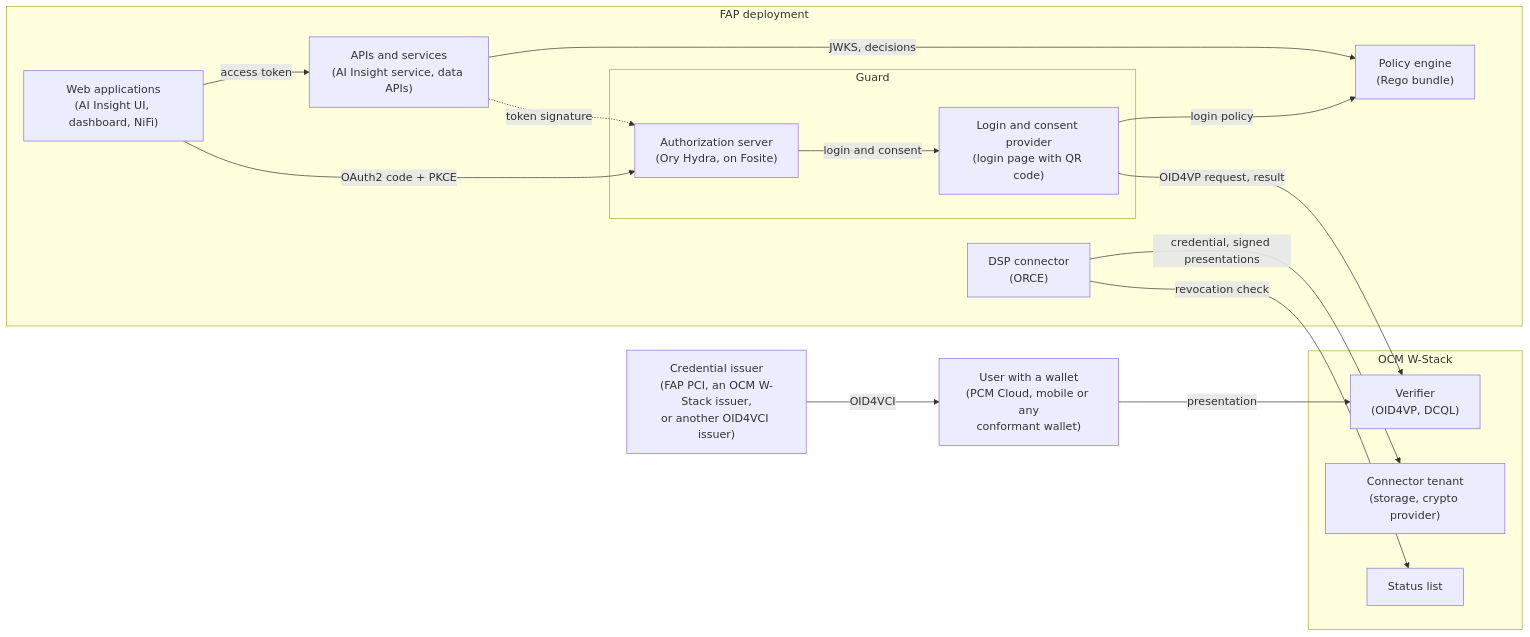
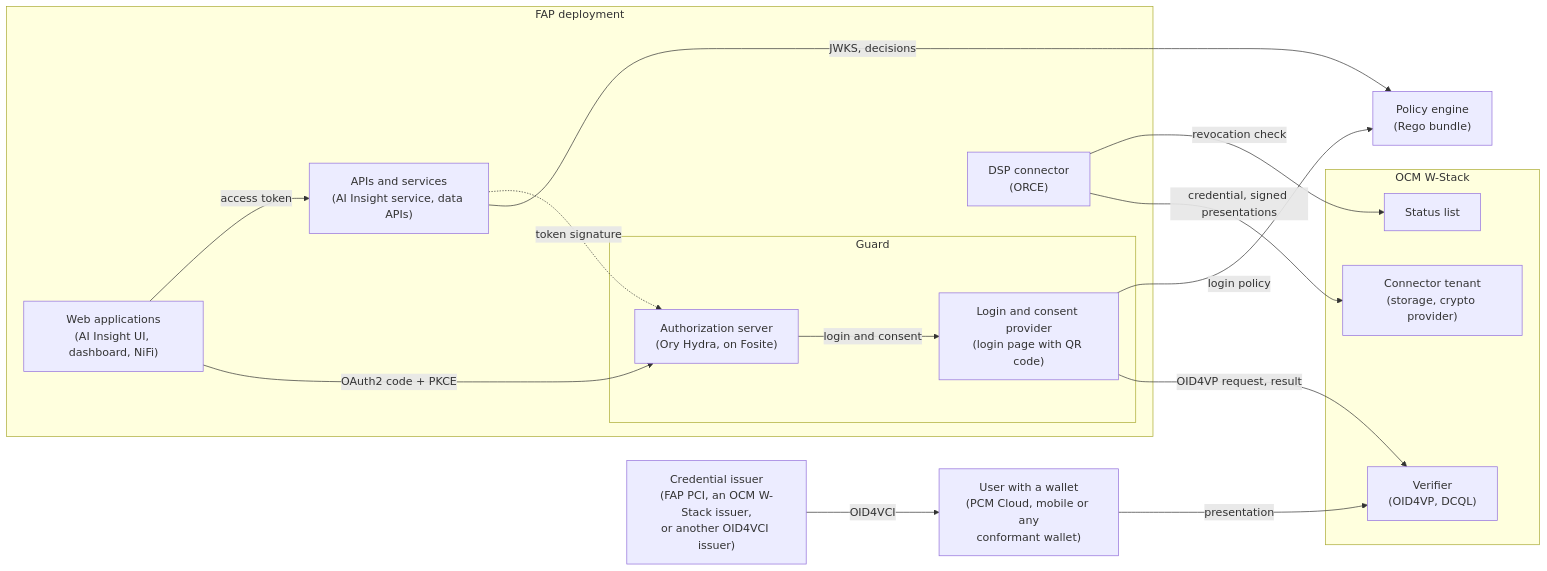
The first of 2 diagrams in docs/architecture/icam-target-architecture.md (balessan/facis-fap-iot-ai), drawn with Mermaid before and after one commit. The commit also changed other lines of this file and 13 other files, not shown here.

First line of the commit message:
docs: guard deployment points, identity flows and editable diagrams

````diff
--- a/docs/architecture/icam-target-architecture.md
+++ b/docs/architecture/icam-target-architecture.md
@@ -26,31 +26,31 @@
 ```mermaid
 flowchart LR
   actor["User with a wallet<br/>(PCM Cloud, mobile or any<br/>conformant wallet)"]
   issuer["Credential issuer<br/>(FAP PCI, an OCM W-Stack issuer,<br/>or another OID4VCI issuer)"]
   subgraph fap["FAP deployment"]
     app["Web applications<br/>(AI Insight UI, dashboard, NiFi)"]
     api["APIs and services<br/>(AI Insight service, data APIs)"]
     subgraph guard["Guard"]
       az["Authorization server<br/>(Ory Hydra, on Fosite)"]
       lp["Login and consent provider<br/>(login page with QR code)"]
     end
-    pol["Policy engine<br/>(Rego bundle)"]
     dsp["DSP connector<br/>(ORCE)"]
   end
+  pol["Policy engine<br/>(Rego bundle)"]
   subgraph ws["OCM W-Stack"]
     cvs["Verifier<br/>(OID4VP, DCQL)"]
     ten["Connector tenant<br/>(storage, crypto provider)"]
     sl["Status list"]
   end
   issuer -- "OID4VCI" --> actor
   app -- "OAuth2 code + PKCE" --> az
   az -- "login and consent" --> lp
   lp -- "OID4VP request, result" --> cvs
   actor -- "presentation" --> cvs
   lp -- "login policy" --> pol
   app -- "access token" --> api
   api -- "JWKS, decisions" --> pol
   api -. "token signature" .-> az
   dsp -- "credential, signed presentations" --> ten
   dsp -- "revocation check" --> sl
 ```
````
